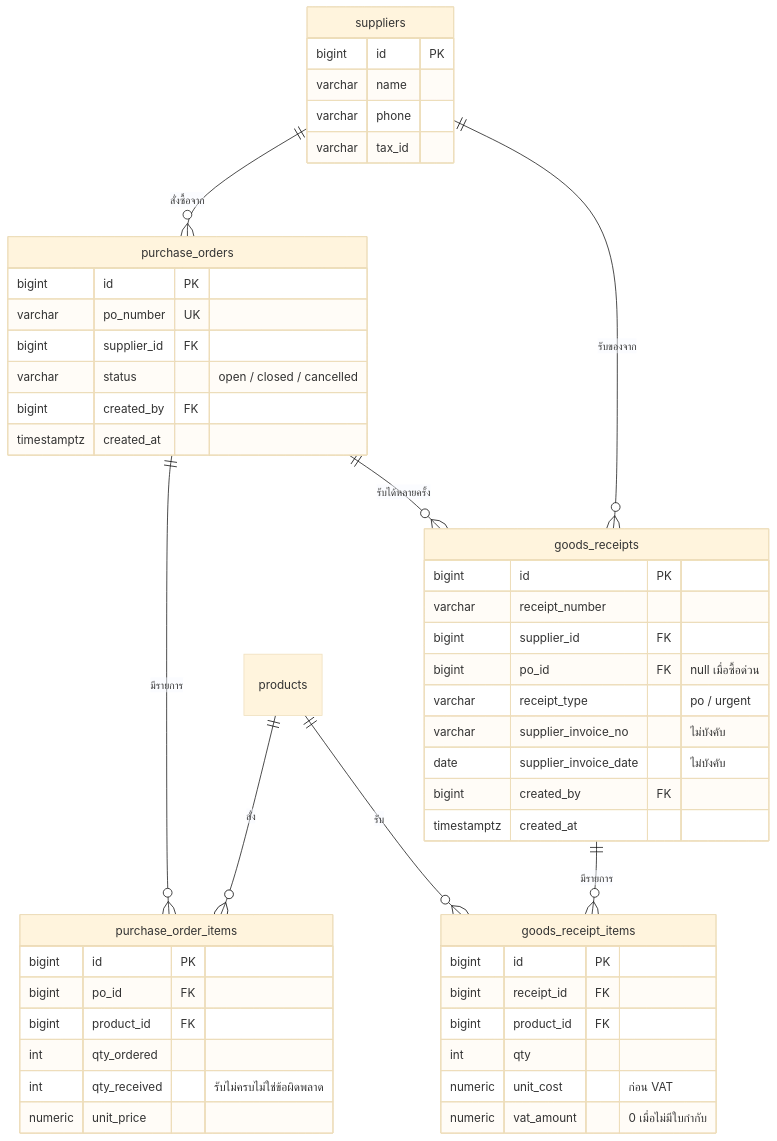
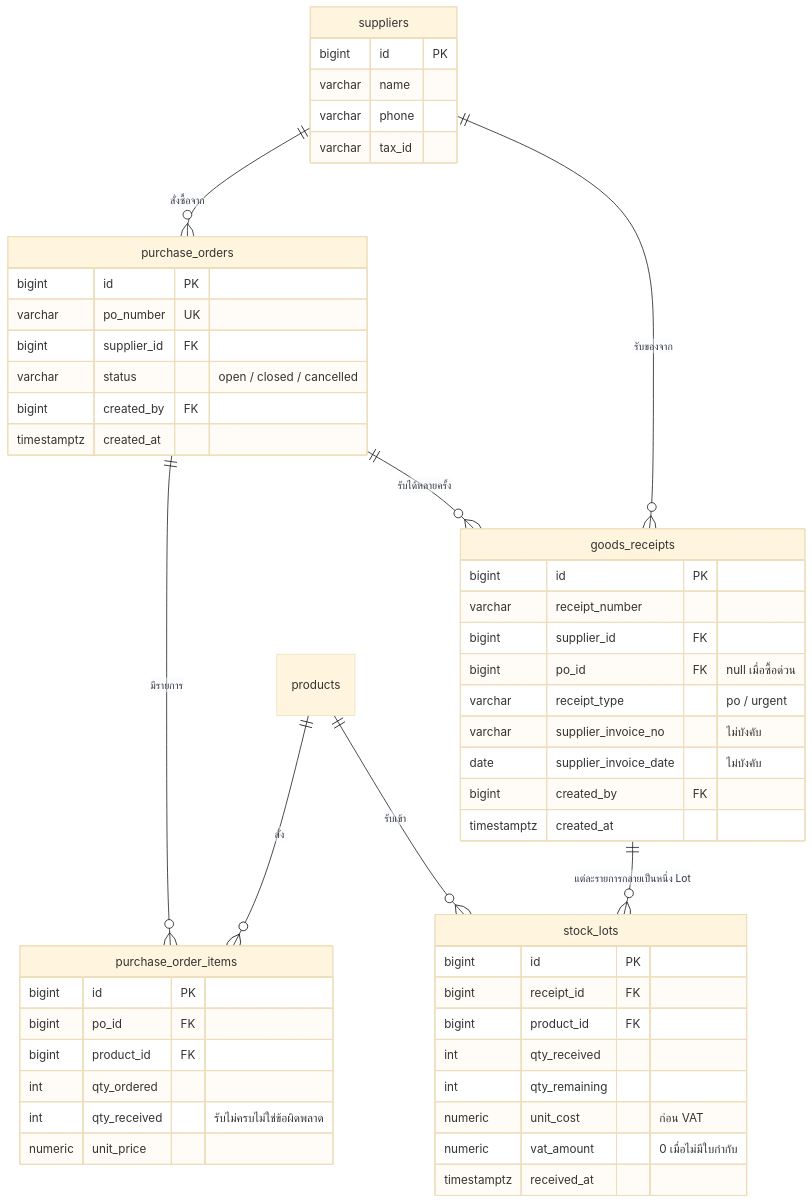
The fifth of 8 diagrams in data_model.md (kaewjamsai0193/Garage_Final_Project), drawn with Mermaid (base theme) before and after one commit. The commit also changed other lines of this file, not shown here.

````diff
--- a/data_model.md
+++ b/data_model.md
@@ -159,56 +174,58 @@
 ```mermaid
 erDiagram
     suppliers ||--o{ purchase_orders : "สั่งซื้อจาก"
     suppliers ||--o{ goods_receipts : "รับของจาก"
     purchase_orders ||--o{ purchase_order_items : "มีรายการ"
     purchase_orders ||--o{ goods_receipts : "รับได้หลายครั้ง"
-    goods_receipts ||--o{ goods_receipt_items : "มีรายการ"
+    goods_receipts ||--o{ stock_lots : "แต่ละรายการกลายเป็นหนึ่ง Lot"
     products ||--o{ purchase_order_items : "สั่ง"
-    products ||--o{ goods_receipt_items : "รับ"
+    products ||--o{ stock_lots : "รับเข้า"
 
     suppliers {
         bigint id PK
         varchar name
         varchar phone
         varchar tax_id
     }
 
     purchase_orders {
         bigint id PK
         varchar po_number UK
         bigint supplier_id FK
         varchar status "open / closed / cancelled"
         bigint created_by FK
         timestamptz created_at
     }
 
     purchase_order_items {
         bigint id PK
         bigint po_id FK
         bigint product_id FK
         int qty_ordered
         int qty_received "รับไม่ครบไม่ใช่ข้อผิดพลาด"
         numeric unit_price
     }
 
     goods_receipts {
         bigint id PK
         varchar receipt_number
         bigint supplier_id FK
         bigint po_id FK "null เมื่อซื้อด่วน"
         varchar receipt_type "po / urgent"
         varchar supplier_invoice_no "ไม่บังคับ"
         date supplier_invoice_date "ไม่บังคับ"
         bigint created_by FK
         timestamptz created_at
     }
 
-    goods_receipt_items {
+    stock_lots {
         bigint id PK
         bigint receipt_id FK
         bigint product_id FK
-        int qty
+        int qty_received
+        int qty_remaining
         numeric unit_cost "ก่อน VAT"
         numeric vat_amount "0 เมื่อไม่มีใบกำกับ"
+        timestamptz received_at
     }
 ```
````
